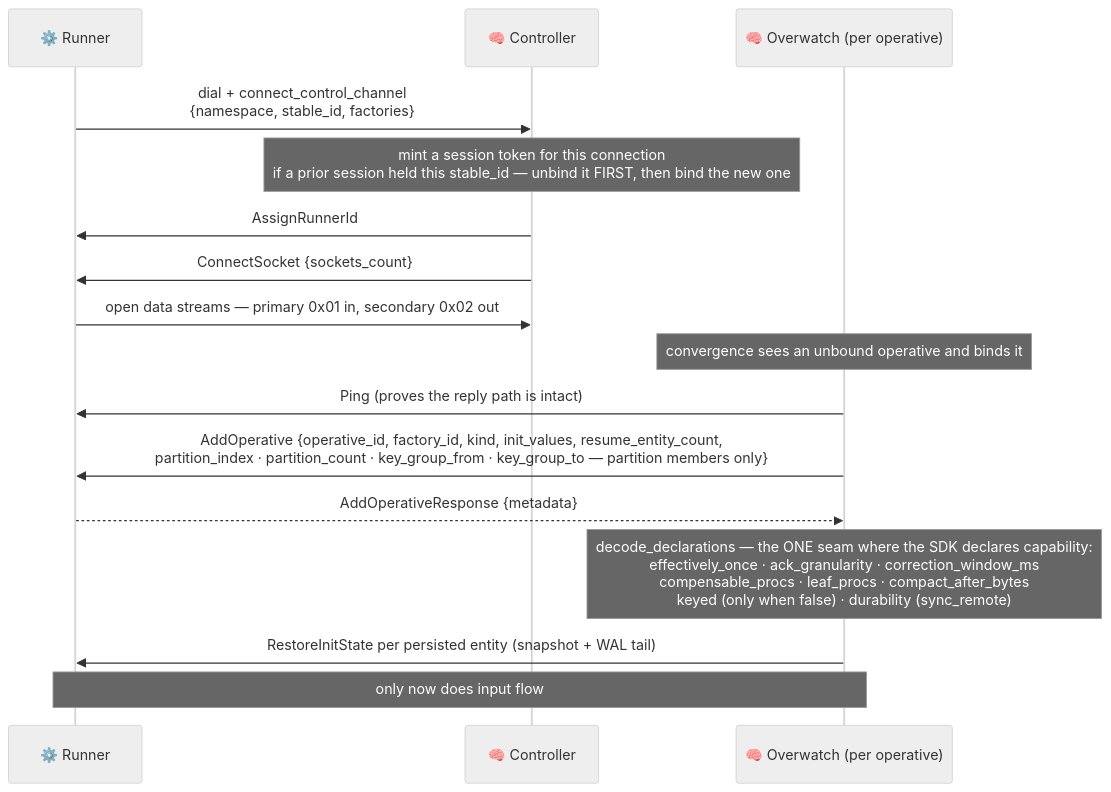
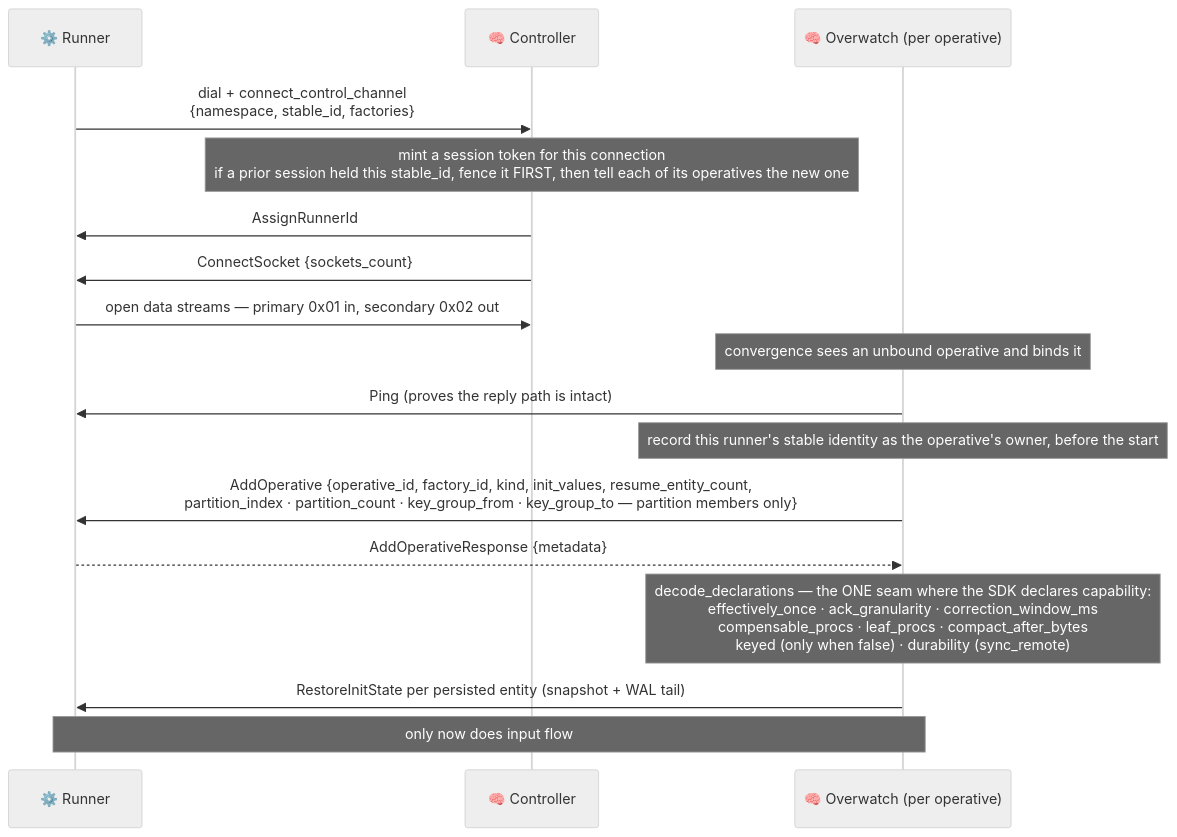
The seventh of 9 diagrams in docs/architecture/README.md (Flezha/flezha), drawn with Mermaid (neutral theme) before and after one commit. The commit also changed other lines of this file and 61 other files, not shown here.

First line of the commit message:
fix(runner): a runner acts only on the operatives bound to it

````diff
--- a/docs/architecture/README.md
+++ b/docs/architecture/README.md
@@ -393,20 +395,21 @@
 ```mermaid
 sequenceDiagram
     participant EX as ⚙️ Runner
     participant CTRL as 🧠 Controller
     participant OW as 🧠 Overwatch (per operative)
 
     EX->>CTRL: dial + connect_control_channel<br/>{namespace, stable_id, factories}
-    Note over CTRL: mint a session token for this connection<br/>if a prior session held this stable_id — unbind it FIRST, then bind the new one
+    Note over CTRL: mint a session token for this connection<br/>if a prior session held this stable_id, fence it FIRST, then tell each of its operatives the new one
     CTRL->>EX: AssignRunnerId
     CTRL->>EX: ConnectSocket {sockets_count}
     EX->>CTRL: open data streams — primary 0x01 in, secondary 0x02 out
 
     Note over OW: convergence sees an unbound operative and binds it
     OW->>EX: Ping (proves the reply path is intact)
+    Note over OW: record this runner's stable identity as the operative's owner, before the start
     OW->>EX: AddOperative {operative_id, factory_id, kind, init_values, resume_entity_count,<br/>partition_index · partition_count · key_group_from · key_group_to — partition members only}
     EX-->>OW: AddOperativeResponse {metadata}
     Note over OW: decode_declarations — the ONE seam where the SDK declares capability:<br/>effectively_once · ack_granularity · correction_window_ms<br/>compensable_procs · leaf_procs · compact_after_bytes<br/>keyed (only when false) · durability (sync_remote)
     OW->>EX: RestoreInitState per persisted entity (snapshot + WAL tail)
     Note over OW,EX: only now does input flow
 ```
````
